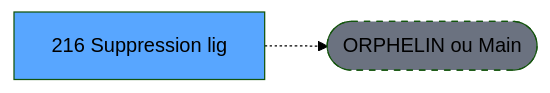
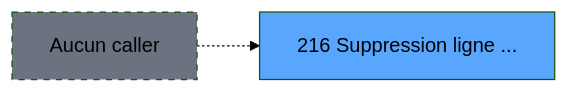
The second of 3 diagrams in .openspec/specs/ADH-IDE-216.md (thonyAGP/magic-migration), drawn with Mermaid (forest theme) before and after one commit. The commit also changed other lines of this file and 493 other files, not shown here.

````diff
--- a/.openspec/specs/ADH-IDE-216.md
+++ b/.openspec/specs/ADH-IDE-216.md
@@ -121,8 +125,8 @@
 ```mermaid
 graph LR
-    T[216 Suppression lig]
-    ORPHAN([ORPHELIN ou Main])
-    T -.-> ORPHAN
-    style T fill:#58a6ff,color:#000
-    style ORPHAN fill:#6b7280,stroke-dasharray: 5 5
+    T216[216 Suppression ligne ...]
+    style T216 fill:#58a6ff
+    NONE[Aucun caller]
+    NONE -.-> T216
+    style NONE fill:#6b7280,stroke-dasharray: 5 5
 ```
````
